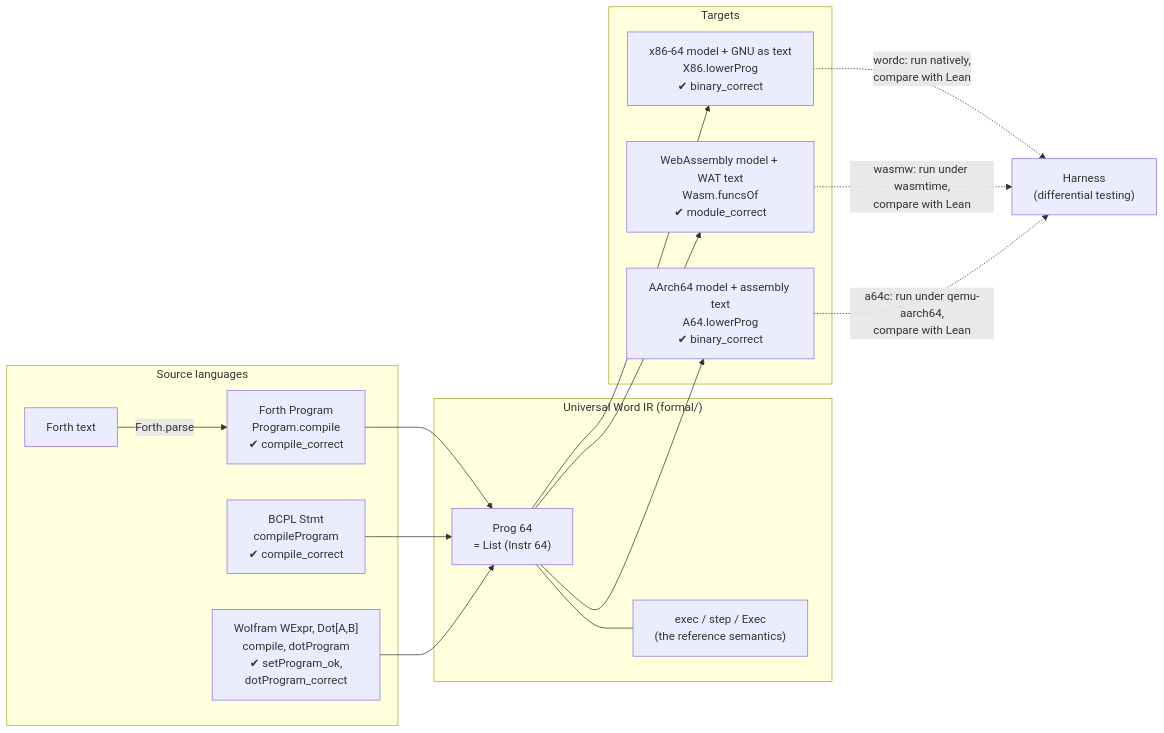
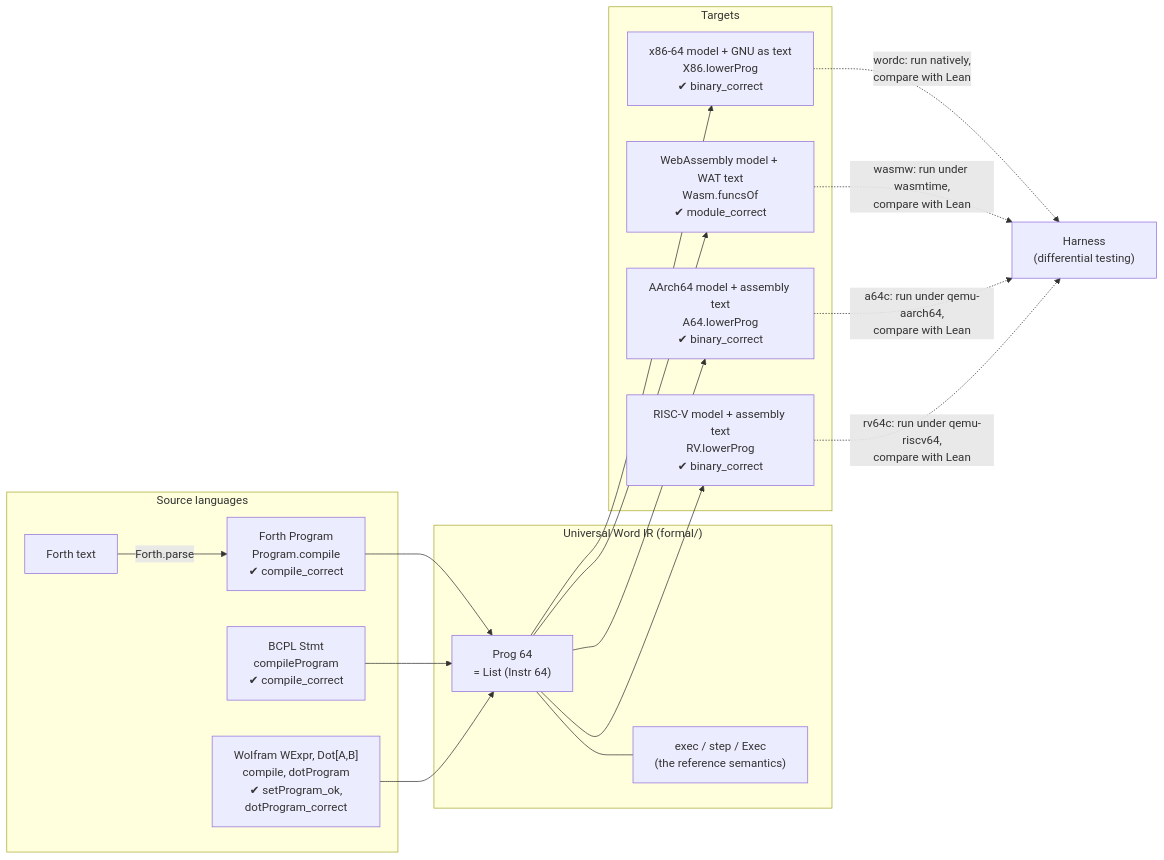
Before and after one commit to SNAPKITTYAGENT9NOVA/ai-free: the first of 17 diagrams in docs/README.md, drawn with Mermaid. The commit also changed other lines of this file and 27 other files, not shown here.

````diff
--- a/docs/README.md
+++ b/docs/README.md
@@ -31,29 +32,32 @@
 ```mermaid
 flowchart LR
   subgraph Sources["Source languages"]
     F["Forth text"]
     FB["Forth Program<br/>Program.compile<br/>✔ compile_correct"]
     B["BCPL Stmt<br/>compileProgram<br/>✔ compile_correct"]
     W["Wolfram WExpr, Dot[A,B]<br/>compile, dotProgram<br/>✔ setProgram_ok,<br/>dotProgram_correct"]
   end
   subgraph IR["Universal Word IR (formal/)"]
     P["Prog 64<br/>= List (Instr 64)"]
     S["exec / step / Exec<br/>(the reference semantics)"]
   end
   subgraph Targets["Targets"]
     X["x86-64 model + GNU as text<br/>X86.lowerProg<br/>✔ binary_correct"]
     WA["WebAssembly model + WAT text<br/>Wasm.funcsOf<br/>✔ module_correct"]
     AR["AArch64 model + assembly text<br/>A64.lowerProg<br/>✔ binary_correct"]
+    RVN["RISC-V model + assembly text<br/>RV.lowerProg<br/>✔ binary_correct"]
   end
   F -->|"Forth.parse"| FB
   FB --> P
   B --> P
   W --> P
   P --- S
   P --> X
   P --> WA
   P --> AR
+  P --> RVN
   X -.->|"wordc: run natively,<br/>compare with Lean"| H["Harness<br/>(differential testing)"]
   WA -.->|"wasmw: run under wasmtime,<br/>compare with Lean"| H
   AR -.->|"a64c: run under qemu-aarch64,<br/>compare with Lean"| H
+  RVN -.->|"rv64c: run under qemu-riscv64,<br/>compare with Lean"| H
 ```
````
